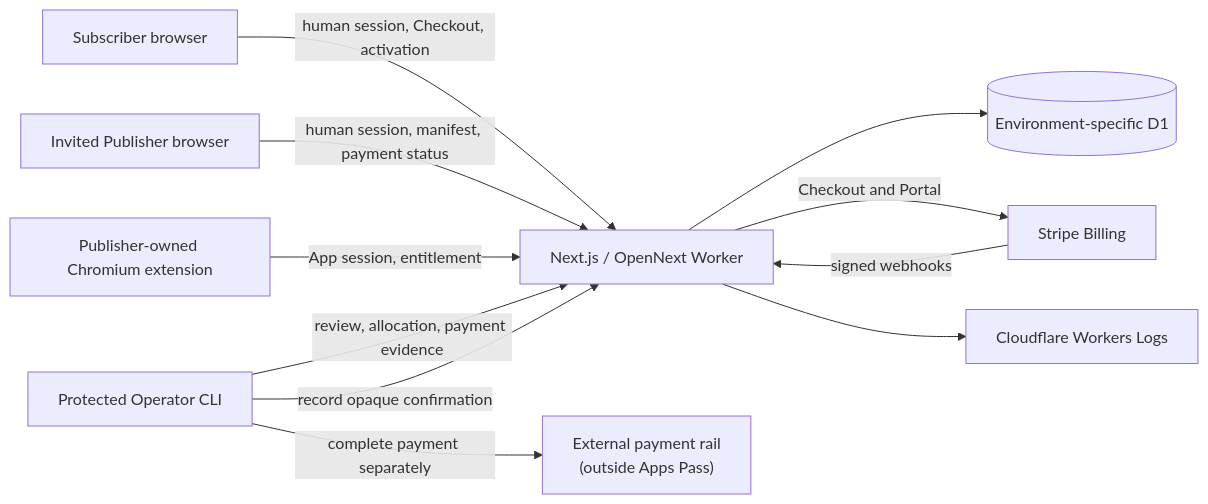
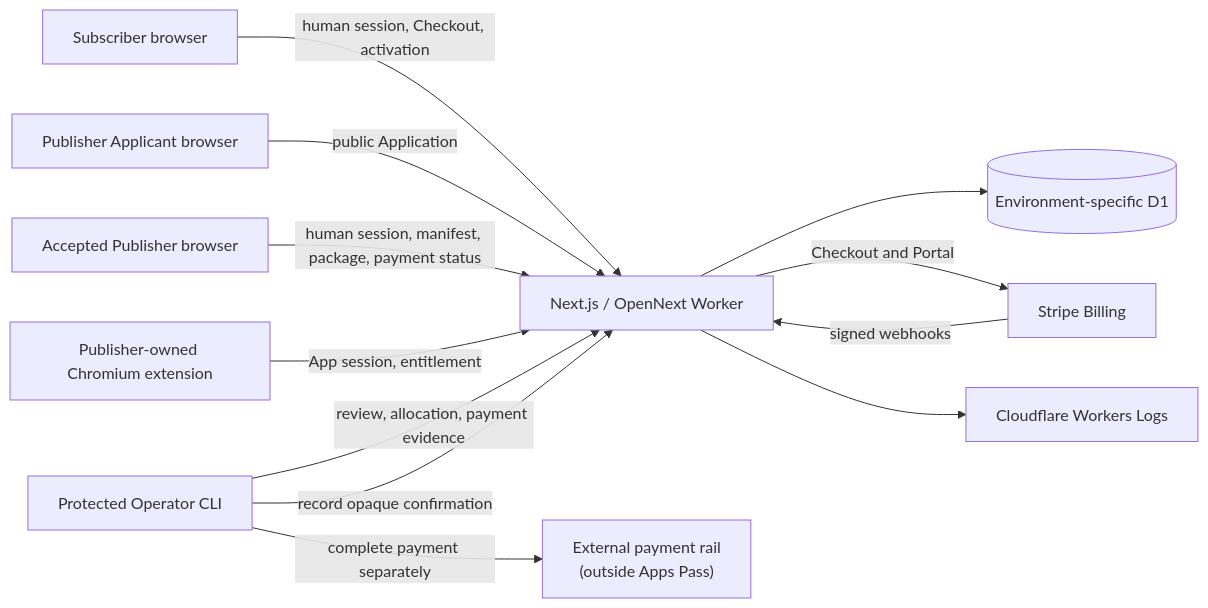
The first of 6 diagrams in ARCHITECTURE.md (serpcompany/serp-pass), drawn with Mermaid before and after one commit. The commit also changed other lines of this file and 42 other files, not shown here.

````diff
--- a/ARCHITECTURE.md
+++ b/ARCHITECTURE.md
@@ -9,23 +9,25 @@
 ```mermaid
 flowchart LR
     Subscriber["Subscriber browser"]
-    Publisher["Invited Publisher browser"]
+    Applicant["Publisher Applicant browser"]
+    Publisher["Accepted Publisher browser"]
     Extension["Publisher-owned Chromium extension"]
     Operator["Protected Operator CLI"]
     App["Next.js / OpenNext Worker"]
     D1[("Environment-specific D1")]
     Billing["Stripe Billing"]
     PaymentRail["External payment rail\n(outside Apps Pass)"]
     Logs["Cloudflare Workers Logs"]
 
     Subscriber -->|"human session, Checkout, activation"| App
-    Publisher -->|"human session, manifest, payment status"| App
+    Applicant -->|"public Application"| App
+    Publisher -->|"human session, manifest, package, payment status"| App
     Extension -->|"App session, entitlement"| App
     Operator -->|"review, allocation, payment evidence"| App
     App --> D1
     App -->|"Checkout and Portal"| Billing
     Billing -->|"signed webhooks"| App
     Operator -->|"complete payment separately"| PaymentRail
     Operator -->|"record opaque confirmation"| App
     App --> Logs
 ```
````
